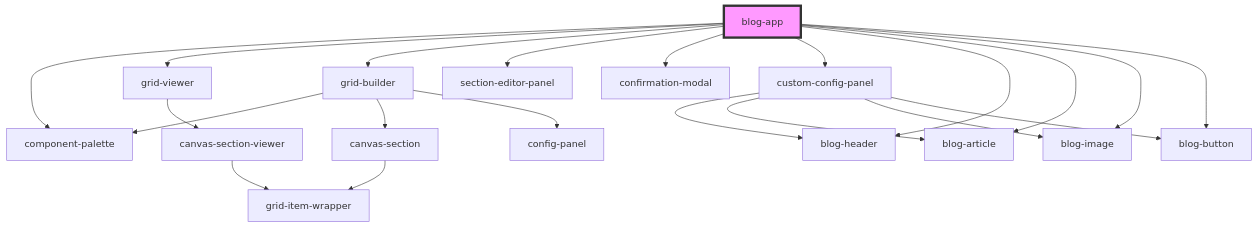
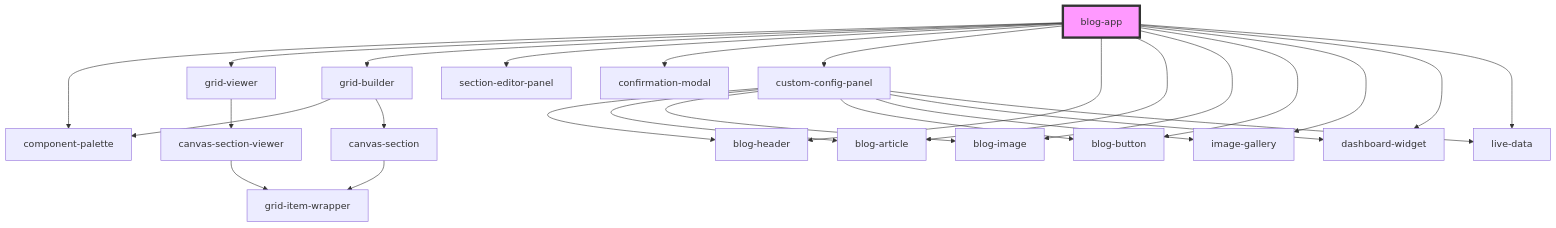
The diagram in stencil-grid-builder/src/demo/components/blog-app/readme.md (lucidworks/grid-builder-poc), drawn with Mermaid before and after one commit. The commit also changed other lines of this file and 9 other files, not shown here.

````diff
--- a/stencil-grid-builder/src/demo/components/blog-app/readme.md
+++ b/stencil-grid-builder/src/demo/components/blog-app/readme.md
@@ -32,24 +35,29 @@
 ```mermaid
 graph TD;
   blog-app --> component-palette
   blog-app --> grid-viewer
   blog-app --> grid-builder
   blog-app --> section-editor-panel
   blog-app --> confirmation-modal
   blog-app --> custom-config-panel
   blog-app --> blog-header
   blog-app --> blog-article
   blog-app --> blog-image
   blog-app --> blog-button
+  blog-app --> image-gallery
+  blog-app --> dashboard-widget
+  blog-app --> live-data
   grid-viewer --> canvas-section-viewer
   canvas-section-viewer --> grid-item-wrapper
   grid-builder --> component-palette
   grid-builder --> canvas-section
-  grid-builder --> config-panel
   canvas-section --> grid-item-wrapper
   custom-config-panel --> blog-header
   custom-config-panel --> blog-article
   custom-config-panel --> blog-image
   custom-config-panel --> blog-button
+  custom-config-panel --> image-gallery
+  custom-config-panel --> dashboard-widget
+  custom-config-panel --> live-data
   style blog-app fill:#f9f,stroke:#333,stroke-width:4px
 ```
````
